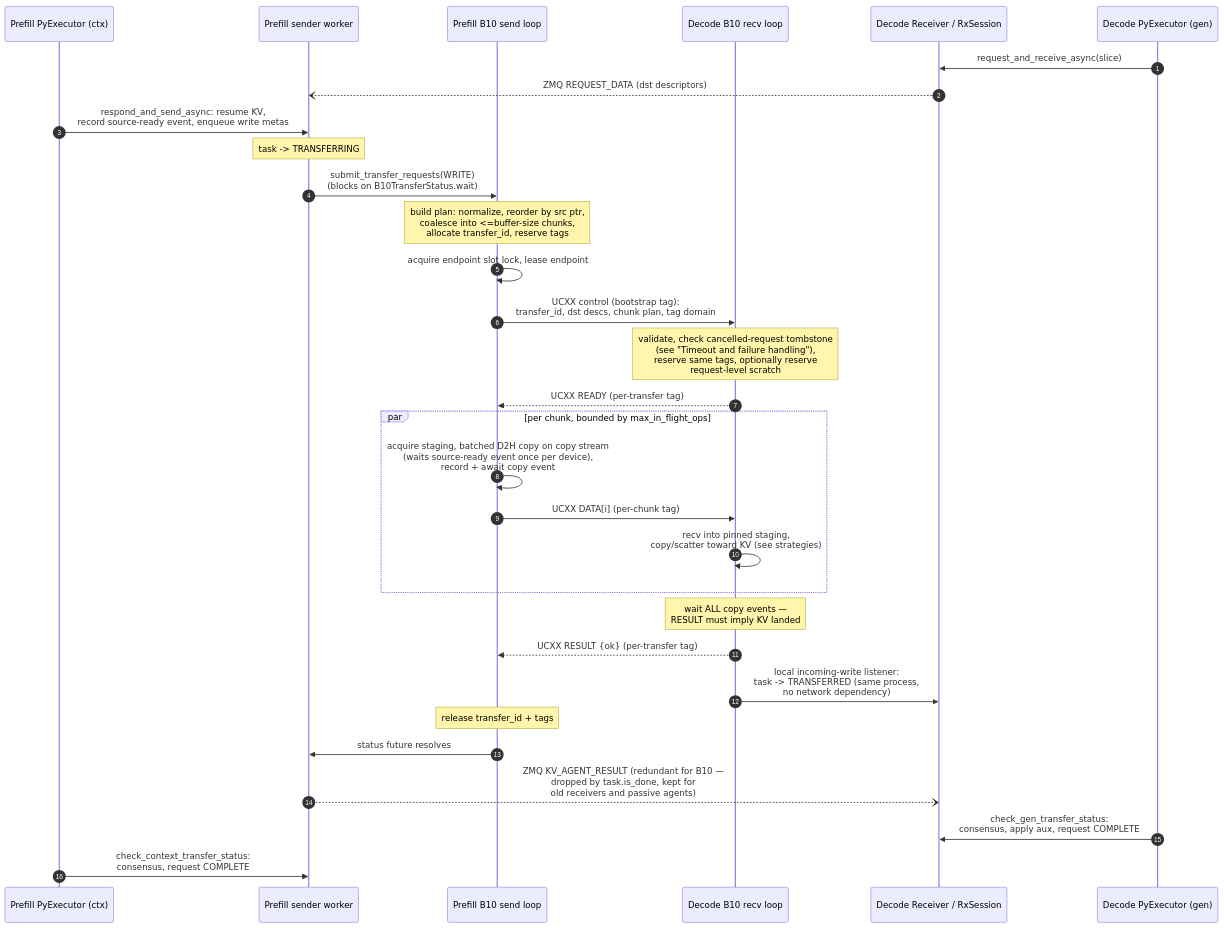
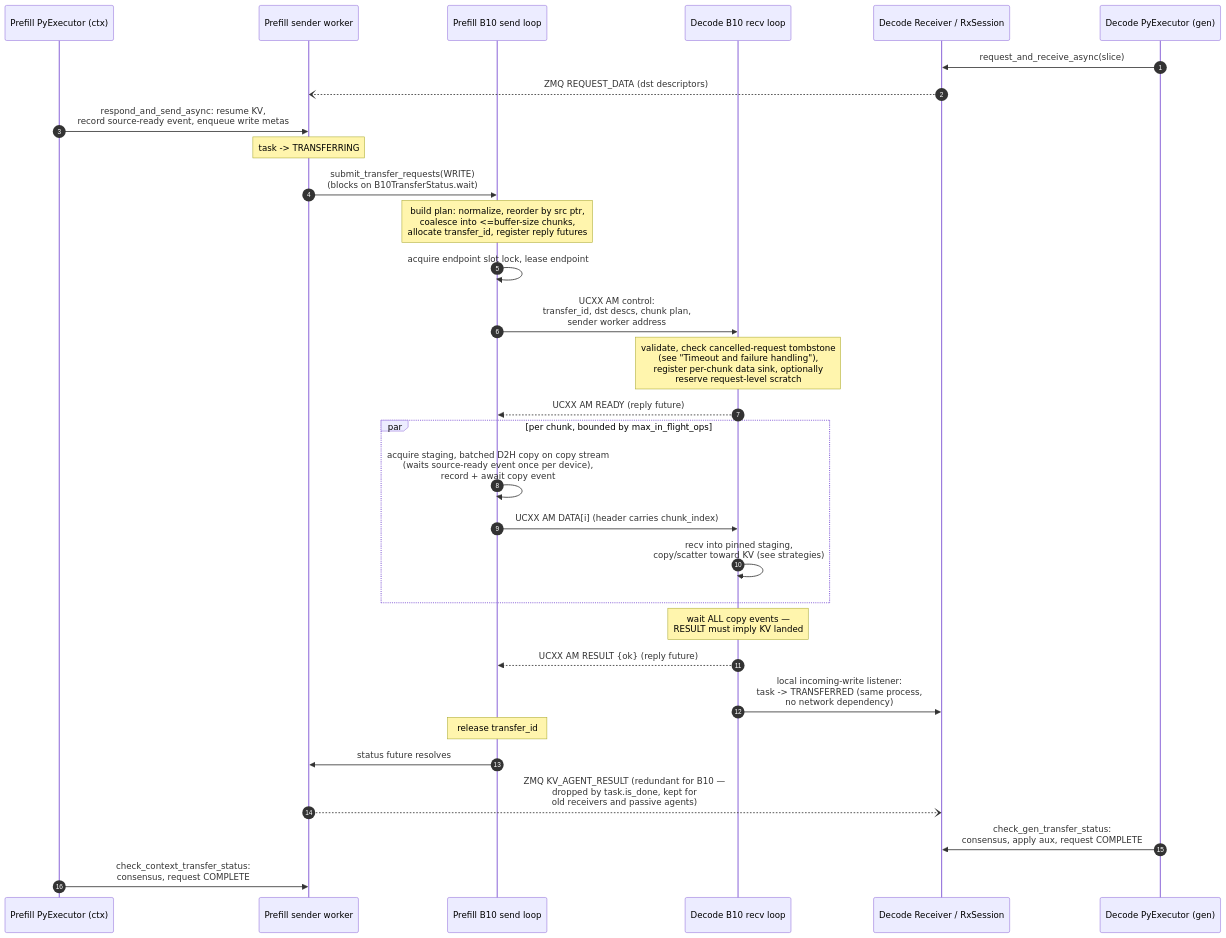
Before and after one commit to michaelfeil/TensorRT-LLM: the second of 3 diagrams in tensorrt_llm/_torch/disaggregation/b10/DESIGN.md, drawn with Mermaid. The commit also changed other lines of this file and 7 other files, not shown here.

````diff
--- a/tensorrt_llm/_torch/disaggregation/b10/DESIGN.md
+++ b/tensorrt_llm/_torch/disaggregation/b10/DESIGN.md
@@ -289,34 +290,34 @@
 ```mermaid
 sequenceDiagram
     autonumber
     participant PEc as Prefill PyExecutor (ctx)
     participant SW as Prefill sender worker
     participant SL as Prefill B10 send loop
     participant RL as Decode B10 recv loop
     participant RXn as Decode Receiver / RxSession
     participant PEg as Decode PyExecutor (gen)
 
     PEg->>RXn: request_and_receive_async(slice)
     RXn--)SW: ZMQ REQUEST_DATA (dst descriptors)
     PEc->>SW: respond_and_send_async: resume KV,<br/>record source-ready event, enqueue write metas
     Note over SW: task -> TRANSFERRING
     SW->>SL: submit_transfer_requests(WRITE)<br/>(blocks on B10TransferStatus.wait)
-    Note over SL: build plan: normalize, reorder by src ptr,<br/>coalesce into <=buffer-size chunks,<br/>allocate transfer_id, reserve tags
+    Note over SL: build plan: normalize, reorder by src ptr,<br/>coalesce into <=buffer-size chunks,<br/>allocate transfer_id, register reply futures
     SL->>SL: acquire endpoint slot lock, lease endpoint
-    SL->>RL: UCXX control (bootstrap tag):<br/>transfer_id, dst descs, chunk plan, tag domain
-    Note over RL: validate, check cancelled-request tombstone<br/>(see "Timeout and failure handling"),<br/>reserve same tags, optionally reserve<br/>request-level scratch
-    RL-->>SL: UCXX READY (per-transfer tag)
+    SL->>RL: UCXX AM control:<br/>transfer_id, dst descs, chunk plan,<br/>sender worker address
+    Note over RL: validate, check cancelled-request tombstone<br/>(see "Timeout and failure handling"),<br/>register per-chunk data sink, optionally<br/>reserve request-level scratch
+    RL-->>SL: UCXX AM READY (reply future)
     par per chunk, bounded by max_in_flight_ops
         SL->>SL: acquire staging, batched D2H copy on copy stream<br/>(waits source-ready event once per device),<br/>record + await copy event
-        SL->>RL: UCXX DATA[i] (per-chunk tag)
+        SL->>RL: UCXX AM DATA[i] (header carries chunk_index)
         RL->>RL: recv into pinned staging,<br/>copy/scatter toward KV (see strategies)
     end
     Note over RL: wait ALL copy events —<br/>RESULT must imply KV landed
-    RL-->>SL: UCXX RESULT {ok} (per-transfer tag)
+    RL-->>SL: UCXX AM RESULT {ok} (reply future)
     RL->>RXn: local incoming-write listener:<br/>task -> TRANSFERRED (same process,<br/>no network dependency)
-    Note over SL: release transfer_id + tags
+    Note over SL: release transfer_id
     SL->>SW: status future resolves
     SW--)RXn: ZMQ KV_AGENT_RESULT (redundant for B10 —<br/>dropped by task.is_done, kept for<br/>old receivers and passive agents)
     PEg->>RXn: check_gen_transfer_status:<br/>consensus, apply aux, request COMPLETE
     PEc->>SW: check_context_transfer_status:<br/>consensus, request COMPLETE
 ```
````
